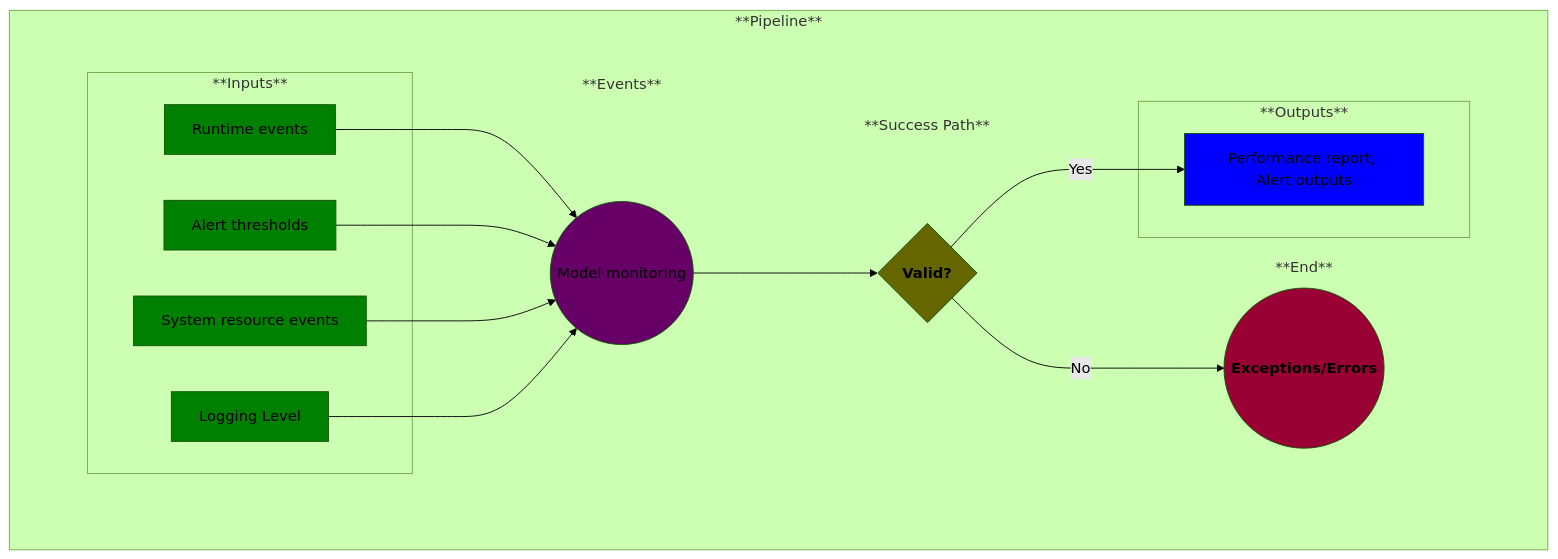
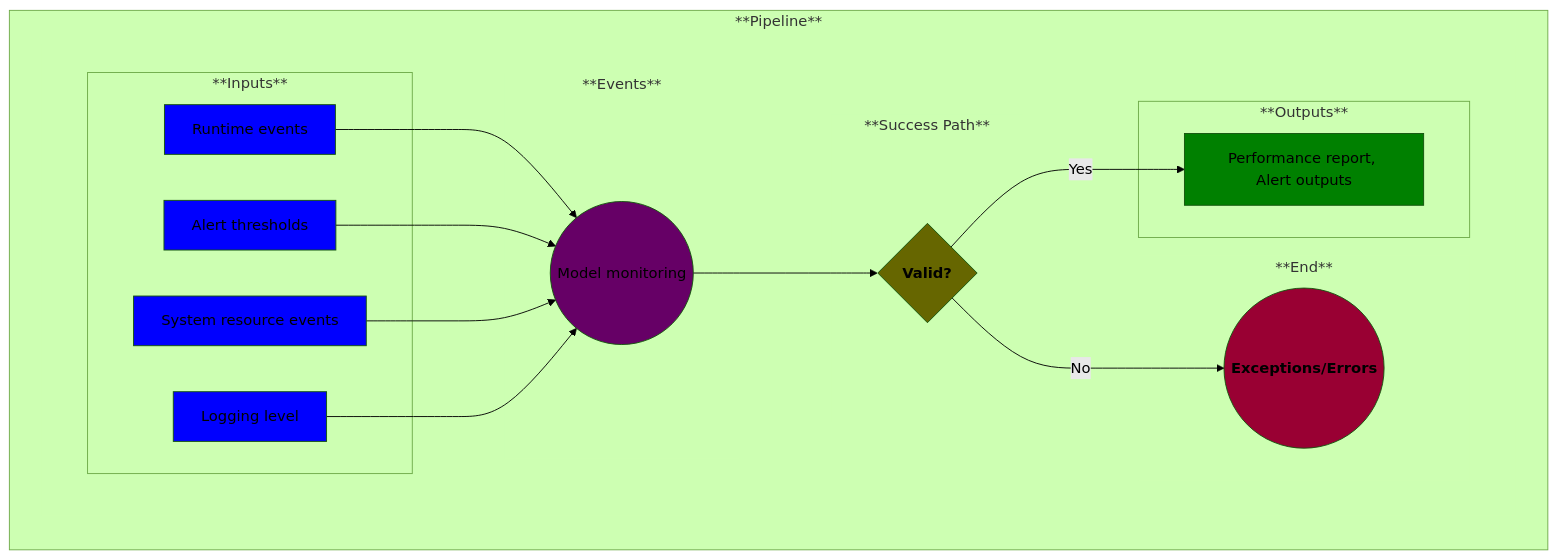
One commit to MLOps-OpenAPI/arch-diagrams changed the diagram in use-cases/21-model-monitoring.md. Above: the diagram before and after it, drawn with Mermaid (forest theme). The commit also changed 9 other files, not shown here.

```diff
--- a/use-cases/21-model-monitoring.md
+++ b/use-cases/21-model-monitoring.md
@@ -82,16 +82,16 @@
     %% Note: You could have done this above, but I find this to be cleaner and easier to manage
 
     A1[Runtime events]
-    style A1 fill:green
+    style A1 fill:blue
 
     A2[Alert thresholds]
-    style A2 fill:green
+    style A2 fill:blue
 
     A3[System resource events]
-    style A3 fill:green
+    style A3 fill:blue
 
-    A4[Logging Level]
-    style A4 fill:green
+    A4[Logging level]
+    style A4 fill:blue
 
     B((Model monitoring))
     style B fill:#660066
@@ -103,7 +103,7 @@
     style E fill:#990033
 
     D[Performance report, Alert outputs]
-    style D fill:blue
+    style D fill:green
 
     %% Remove unnecessary box outlines
     style invisibleSpace stroke-width:0
```
